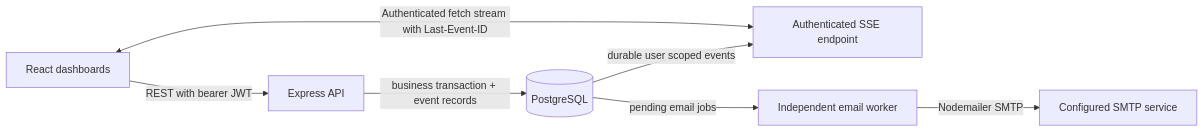
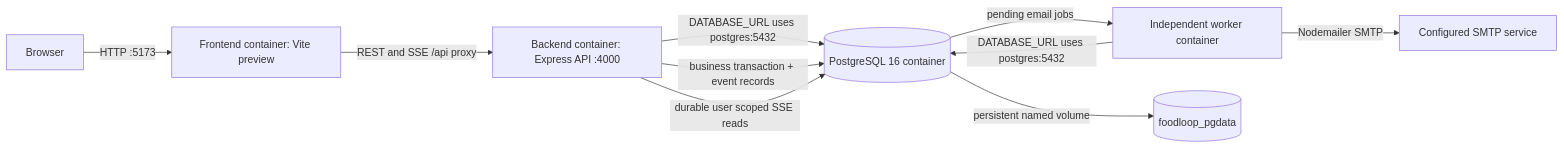
The diagram in README.md (Nigamjanhvi/Foodloop), drawn with Mermaid before and after one commit. The commit also changed other lines of this file and 10 other files, not shown here.

````diff
--- a/README.md
+++ b/README.md
@@ -17,9 +18,12 @@
 ```mermaid
 flowchart LR
-  UI[React dashboards] -->|REST with bearer JWT| API[Express API]
-  UI <-->|Authenticated fetch stream with Last-Event-ID| SSE[Authenticated SSE endpoint]
-  API -->|business transaction + event records| DB[(PostgreSQL)]
-  DB -->|durable user scoped events| SSE
-  DB -->|pending email jobs| Worker[Independent email worker]
+  Browser[Browser] -->|HTTP :5173| Frontend[Frontend container: Vite preview]
+  Frontend -->|REST and SSE /api proxy| API[Backend container: Express API :4000]
+  API -->|DATABASE_URL uses postgres:5432| DB[(PostgreSQL 16 container)]
+  Worker[Independent worker container] -->|DATABASE_URL uses postgres:5432| DB
+  DB -->|persistent named volume| Volume[(foodloop_pgdata)]
+  API -->|business transaction + event records| DB
+  API -->|durable user scoped SSE reads| DB
+  DB -->|pending email jobs| Worker
   Worker -->|Nodemailer SMTP| Mail[Configured SMTP service]
 ```
````
